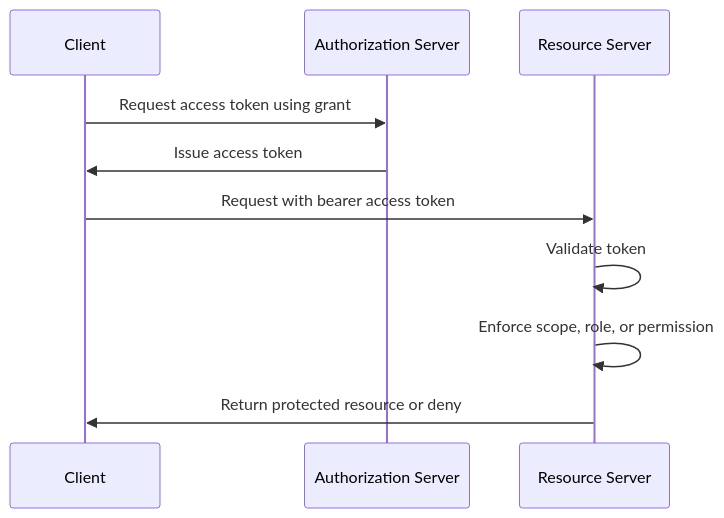
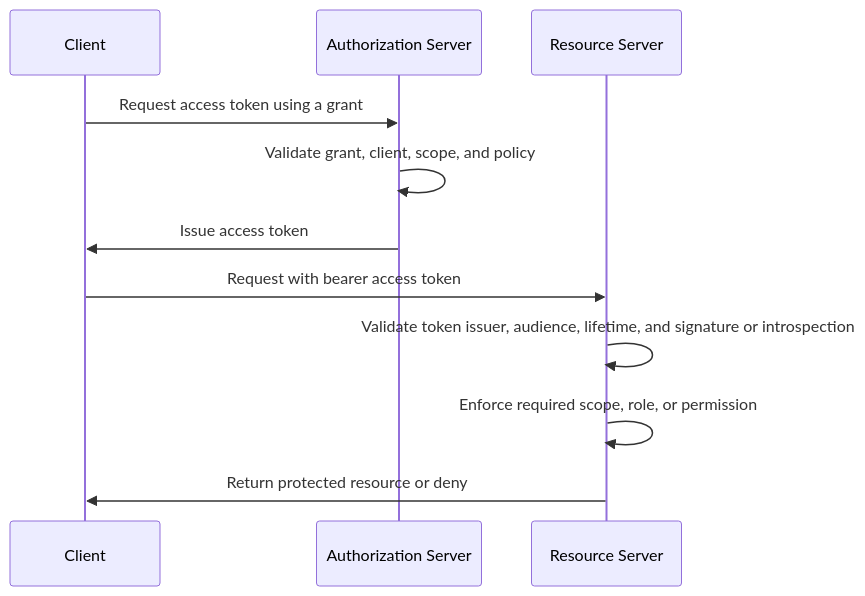
Before and after one commit to panaC/edrlab-backoffice-auth-study: the diagram in docs/wiki/02-oauth2.md, drawn with Mermaid. The commit also changed other lines of this file and 2 other files, not shown here.

Commit message:
Expand OAuth2 study pages for flow and role clarity

````diff
--- a/docs/wiki/02-oauth2.md
+++ b/docs/wiki/02-oauth2.md
@@ -34,13 +78,14 @@
 ```mermaid
 sequenceDiagram
     participant Client
     participant AS as Authorization Server
     participant API as Resource Server
 
-    Client->>AS: Request access token using grant
+    Client->>AS: Request access token using a grant
+    AS->>AS: Validate grant, client, scope, and policy
     AS->>Client: Issue access token
     Client->>API: Request with bearer access token
-    API->>API: Validate token
-    API->>API: Enforce scope, role, or permission
+    API->>API: Validate token issuer, audience, lifetime, and signature or introspection
+    API->>API: Enforce required scope, role, or permission
     API->>Client: Return protected resource or deny
 ```
````
